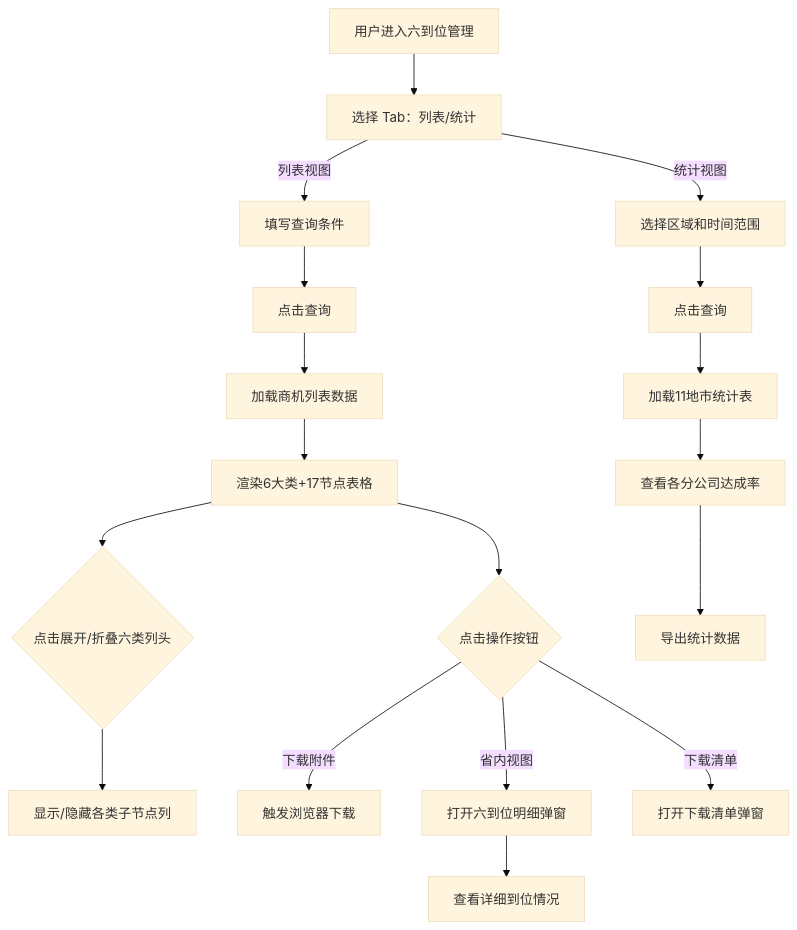
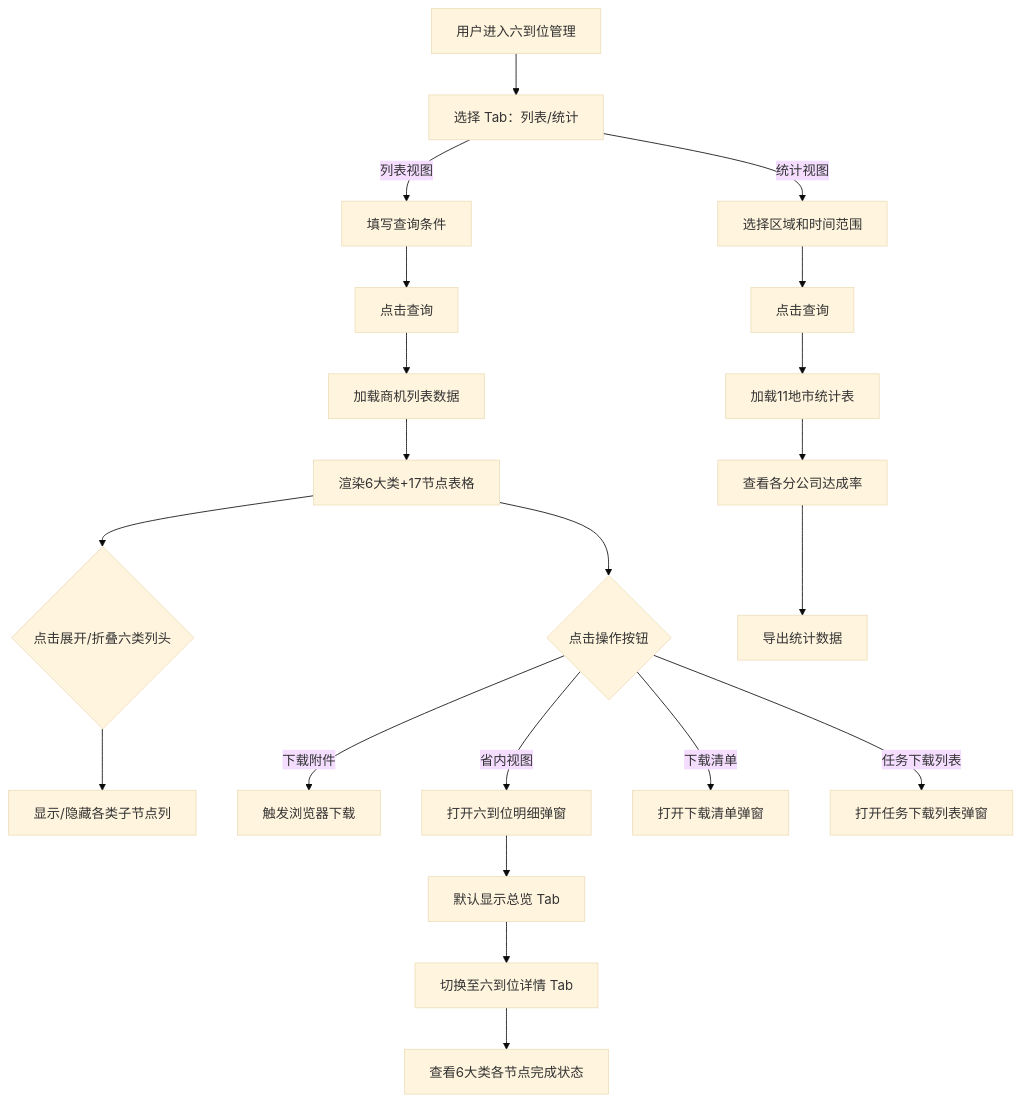
Before and after one commit to cuiweihaoxuan-eng/lto: the diagram in public/prd/_routes/_six-positioning.md, drawn with Mermaid (base theme). The commit also changed other lines of this file and 3 other files, not shown here.

````diff
--- a/public/prd/_routes/_six-positioning.md
+++ b/public/prd/_routes/_six-positioning.md
@@ -72,20 +72,23 @@
 ```mermaid
 graph TD
     A[用户进入六到位管理] --> B[选择 Tab：列表/统计]
     B -->|列表视图| C[填写查询条件]
     C --> D[点击查询]
     D --> E[加载商机列表数据]
     E --> F[渲染6大类+17节点表格]
     F --> G{点击展开/折叠六类列头}
     G --> H[显示/隐藏各类子节点列]
     F --> I{点击操作按钮}
     I -->|下载附件| J[触发浏览器下载]
     I -->|省内视图| K[打开六到位明细弹窗]
+    K --> KA[默认显示总览 Tab]
+    KA --> KB[切换至六到位详情 Tab]
+    KB --> KC[查看6大类各节点完成状态]
     I -->|下载清单| L[打开下载清单弹窗]
-    K --> M[查看详细到位情况]
+    I -->|任务下载列表| L2[打开任务下载列表弹窗]
     B -->|统计视图| N[选择区域和时间范围]
     N --> O[点击查询]
     O --> P[加载11地市统计表]
     P --> Q[查看各分公司达成率]
     Q --> R[导出统计数据]
 ```
````
